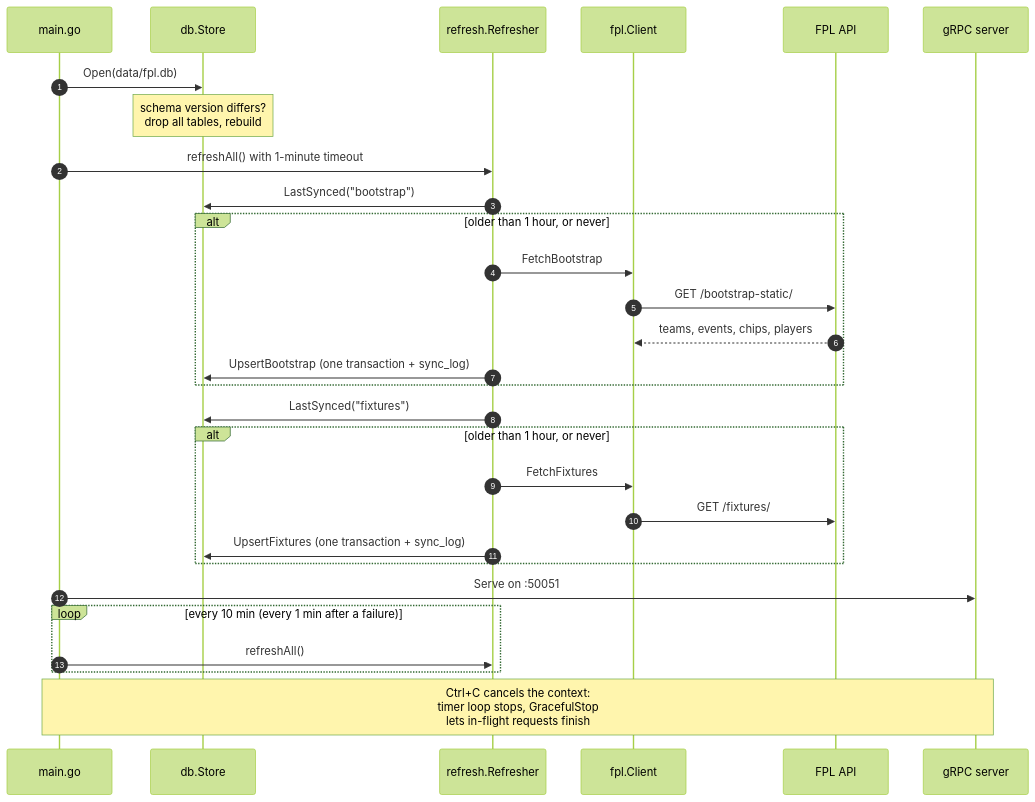
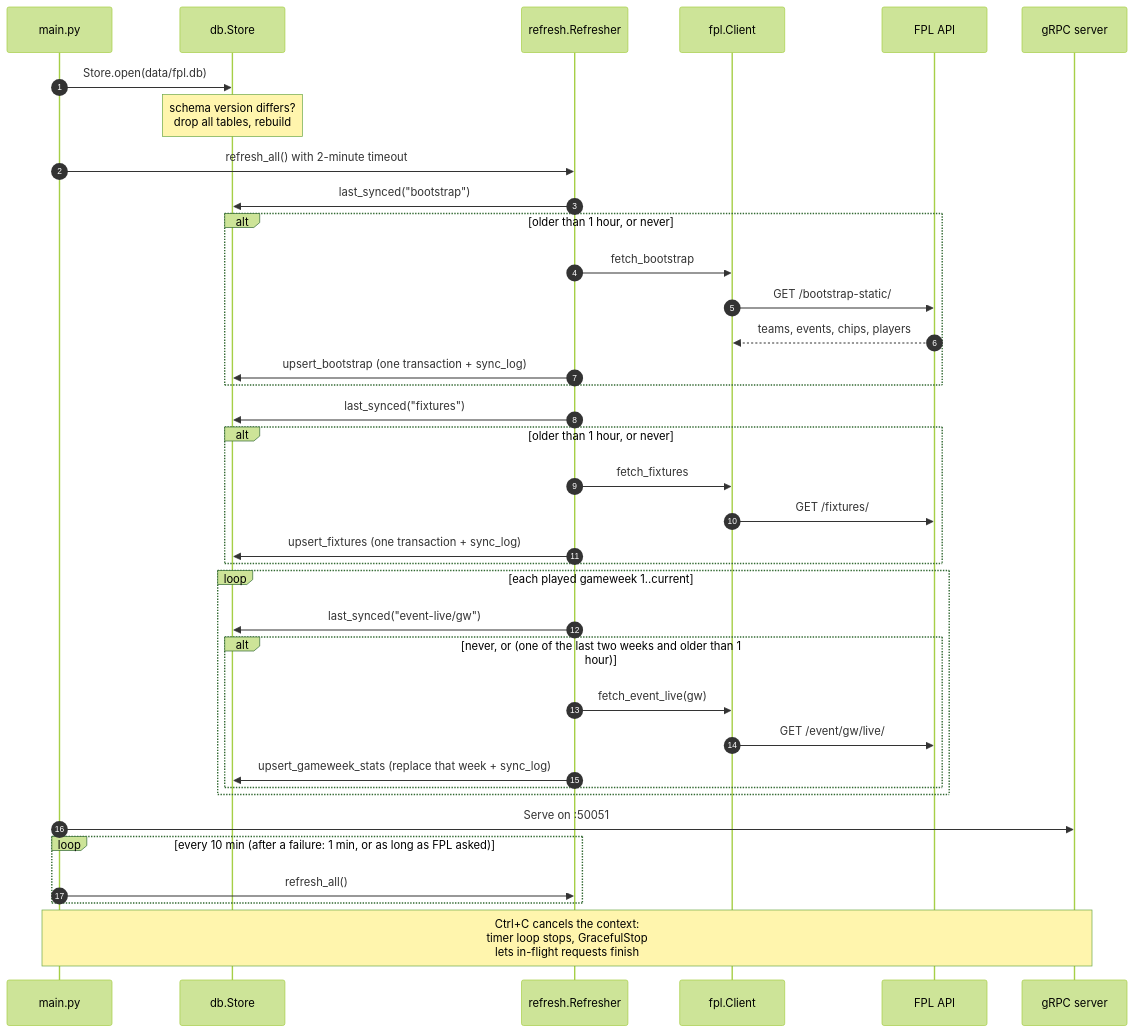
Before and after one commit to KaartikeyNatrajan/SquadScout: the fourth of 13 diagrams in docs/architecture.md, drawn with Mermaid (forest theme). The commit also changed other lines of this file and 188 other files, not shown here.

````diff
--- a/docs/architecture.md
+++ b/docs/architecture.md
@@ -198,32 +233,40 @@
 ```mermaid
 sequenceDiagram
     autonumber
-    participant M as main.go
+    participant M as main.py
     participant DB as db.Store
     participant R as refresh.Refresher
     participant F as fpl.Client
     participant API as FPL API
     participant G as gRPC server
 
-    M->>DB: Open(data/fpl.db)
+    M->>DB: Store.open(data/fpl.db)
     Note over DB: schema version differs?<br/>drop all tables, rebuild
-    M->>R: refreshAll() with 1-minute timeout
-    R->>DB: LastSynced("bootstrap")
+    M->>R: refresh_all() with 2-minute timeout
+    R->>DB: last_synced("bootstrap")
     alt older than 1 hour, or never
-        R->>F: FetchBootstrap
+        R->>F: fetch_bootstrap
         F->>API: GET /bootstrap-static/
         API-->>F: teams, events, chips, players
-        R->>DB: UpsertBootstrap (one transaction + sync_log)
+        R->>DB: upsert_bootstrap (one transaction + sync_log)
     end
-    R->>DB: LastSynced("fixtures")
+    R->>DB: last_synced("fixtures")
     alt older than 1 hour, or never
-        R->>F: FetchFixtures
+        R->>F: fetch_fixtures
         F->>API: GET /fixtures/
-        R->>DB: UpsertFixtures (one transaction + sync_log)
+        R->>DB: upsert_fixtures (one transaction + sync_log)
+    end
+    loop each played gameweek 1..current
+        R->>DB: last_synced("event-live/gw")
+        alt never, or (one of the last two weeks and older than 1 hour)
+            R->>F: fetch_event_live(gw)
+            F->>API: GET /event/gw/live/
+            R->>DB: upsert_gameweek_stats (replace that week + sync_log)
+        end
     end
     M->>G: Serve on :50051
-    loop every 10 min (every 1 min after a failure)
-        M->>R: refreshAll()
+    loop every 10 min (after a failure: 1 min, or as long as FPL asked)
+        M->>R: refresh_all()
     end
     Note over M,G: Ctrl+C cancels the context:<br/>timer loop stops, GracefulStop<br/>lets in-flight requests finish
 ```
````
